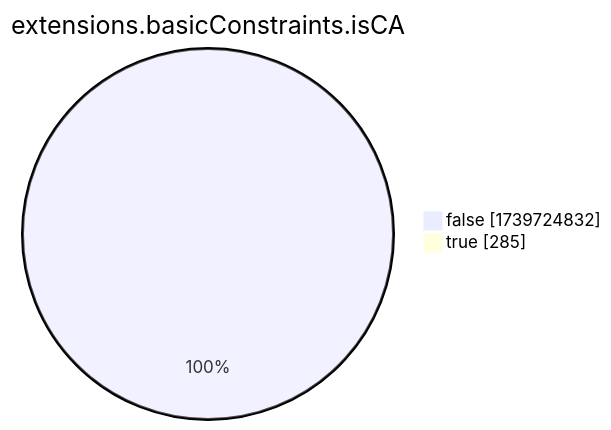
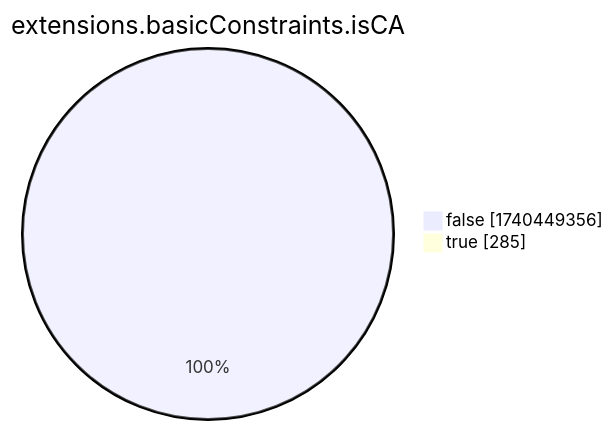
The eighth of 15 diagrams in xenon2022/README.md (christiankrug/ctmonitor_visualization), drawn with Mermaid before and after one commit. The commit also changed other lines of this file, not shown here.

````diff
--- a/xenon2022/README.md
+++ b/xenon2022/README.md
@@ -2867,6 +2867,6 @@
 ```mermaid
 pie showData
 title extensions.basicConstraints.isCA
-"false" :1739724832
+"false" :1740449356
 "true" :285
 ```
````
